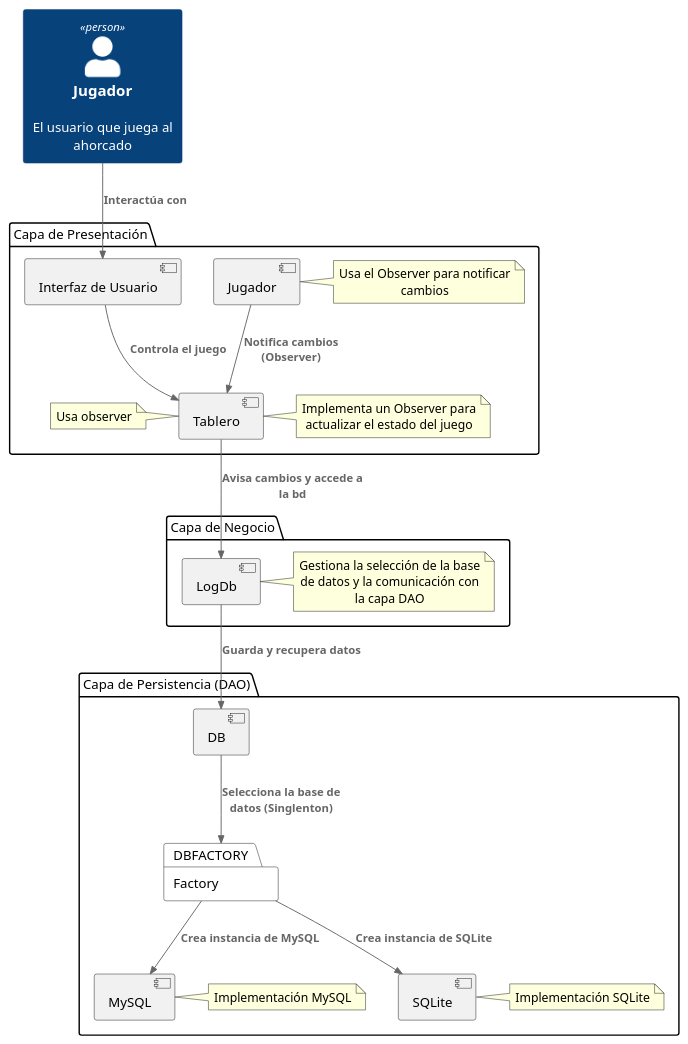
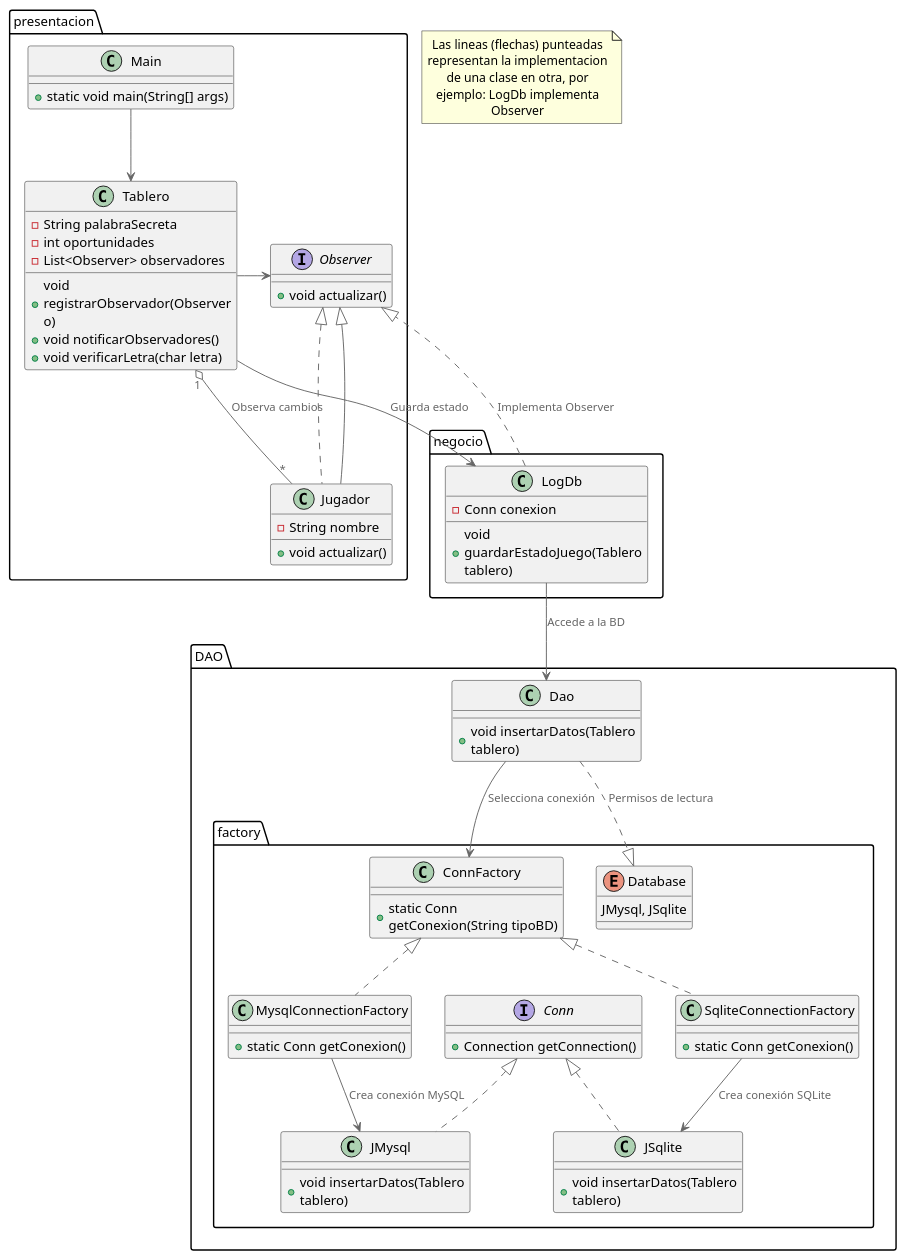
The diagram in src/Diagramas/C4/NivelCodigo.puml (CarlosDzRdz/Ahorcado), drawn with PlantUML before and after one commit. The commit also changed 4 other files, not shown here.

```diff
--- a/src/Diagramas/C4/NivelCodigo.puml
+++ b/src/Diagramas/C4/NivelCodigo.puml
@@ -1,42 +1,93 @@
-@startuml AhorcadoC4
-!include https://raw.githubusercontent.com/plantuml-stdlib/C4-PlantUML/master/C4_Container.puml
+@startuml C4_Ahorcado
+!include https://raw.githubusercontent.com/plantuml-stdlib/C4-PlantUML/master/C4_Component.puml
 
-Person(player, "Jugador", "El usuario que juega al ahorcado")
+package "presentacion" {
+  class Main {
+    + static void main(String[] args)
+  }
 
-package "Capa de Presentación" as PRESENTACION {
-  component UI as "Interfaz de Usuario"
-  component Tablero as "Tablero"
-  note right of Tablero: Implementa un Observer para actualizar el estado del juego
-  note left of Tablero: Usa observer
+  class Tablero {
+    - String palabraSecreta
+    - int oportunidades
+    - List<Observer> observadores
+    + void registrarObservador(Observer o)
+    + void notificarObservadores()
+    + void verificarLetra(char letra)
+  }
 
-  component Jugador as "Jugador"
-  note right of Jugador: Usa el Observer para notificar cambios
+  interface Observer {
+    + void actualizar()
+  }
+
+  class Jugador implements Observer {
+    - String nombre
+    + void actualizar()
+  }
+
+  ' Relaciones dentro de presentación
+  Main --> Tablero
+  Jugador -|> Observer
+  Tablero -> Observer
+  Tablero "1" o-- "*" Jugador : "Observa cambios"
 }
 
-package "Capa de Negocio" as NEGOCIO {
-  component LogDb as "LogDb"
-  note right: Gestiona la selección de la base de datos y la comunicación con la capa DAO
+package "negocio" {
+  class LogDb {
+    - Conn conexion
+    + void guardarEstadoJuego(Tablero tablero)
+  }
+
+  ' Relación dentro de negocio
+  Tablero --> LogDb : "Guarda estado"
+  LogDb ..|> presentacion.Observer : "Implementa Observer"
 }
 
-package "Capa de Persistencia (DAO)" as DAO {
-  component DB as "DB"
+package "DAO" {
+  class Dao {
+    + void insertarDatos(Tablero tablero)
+  }
 
-  package DBFACTORY as "Factory"
+  package "factory" {
+    class ConnFactory {
+      + static Conn getConexion(String tipoBD)
+    }
 
-  component JMYSQL as "MySQL"
-  note right: Implementación MySQL
+    interface Conn {
+      + Connection getConnection()
+    }
 
-  component JSQLITE as "SQLite"
-  note right: Implementación SQLite
+    class MysqlConnectionFactory implements ConnFactory{
+      + static Conn getConexion()
+    }
+
+    class SqliteConnectionFactory implements ConnFactory {
+      + static Conn getConexion()
+    }
+
+    class JMysql implements Conn {
+        + void insertarDatos(Tablero tablero)
+      }
+
+    class JSqlite implements Conn {
+      + void insertarDatos(Tablero tablero)
+    }
+
+    enum Database {
+        JMysql, JSqlite
+    }
+  }
+
+  ' Relaciones dentro de DAO
+  LogDb --> Dao : "Accede a la BD"
+  Dao --> factory.ConnFactory : "Selecciona conexión"
+
+  ' Relaciones dentro de factory
+
+  factory.MysqlConnectionFactory --> JMysql : "Crea conexión MySQL"
+  factory.SqliteConnectionFactory --> JSqlite : "Crea conexión SQLite"
+
+  Dao ..|> Database : "Permisos de lectura"
 }
 
-Rel(player, UI, "Interactúa con")
-Rel(UI, Tablero, "Controla el juego")
-Rel(Jugador, Tablero, "Notifica cambios (Observer)")
-Rel(Tablero, LogDb, "Avisa cambios y accede a la bd")
-Rel(LogDb, DB, "Guarda y recupera datos")
-Rel(DB, DBFACTORY, "Selecciona la base de datos (Singlenton)")
-Rel(DBFACTORY, JMYSQL, "Crea instancia de MySQL")
-Rel(DBFACTORY, JSQLITE, "Crea instancia de SQLite")
-
+note "Las lineas (flechas) punteadas representan la implementacion de una clase en otra, por ejemplo: LogDb implementa Observer" as Nota1
 @enduml
```
